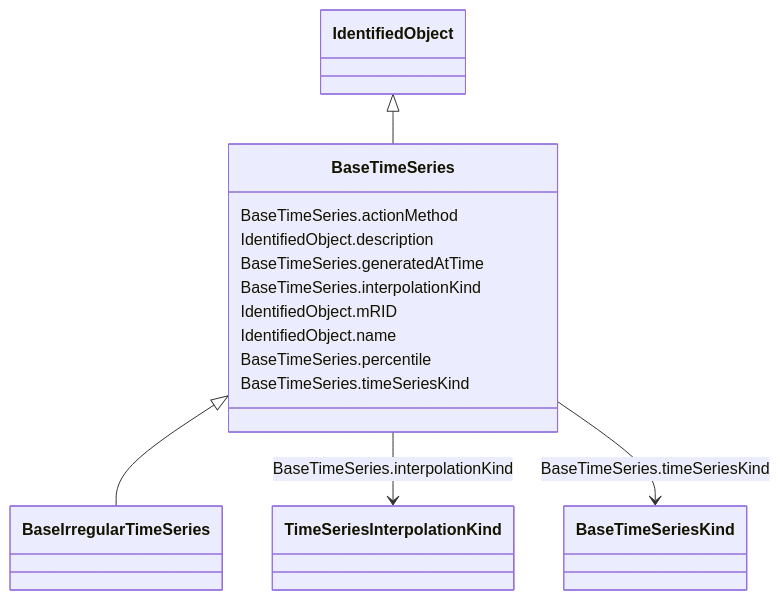
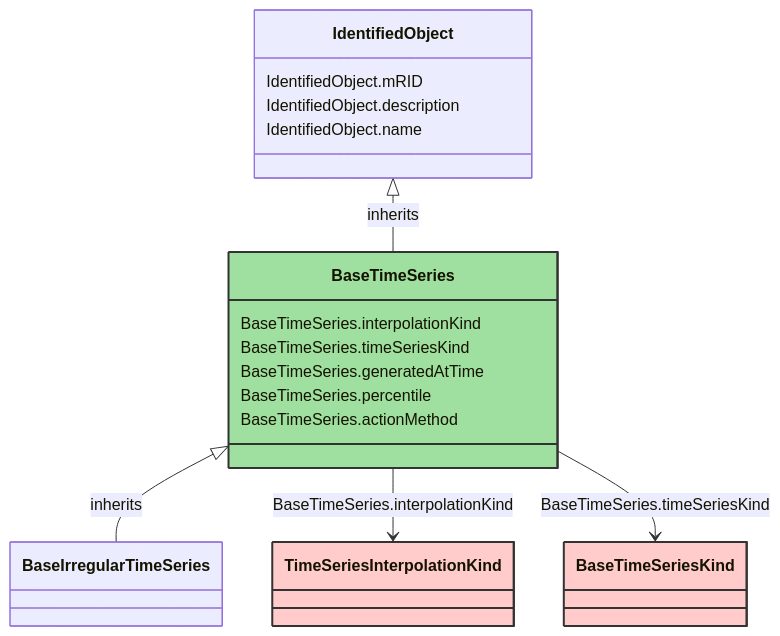
Before and after one commit to 3lbits/NoCIMExtensions: the diagram in docs/WattApp/BaseTimeSeries.md, drawn with Mermaid. The commit also changed other lines of this file and 60 other files, not shown here.

````diff
--- a/docs/WattApp/BaseTimeSeries.md
+++ b/docs/WattApp/BaseTimeSeries.md
@@ -13,36 +10,39 @@
 ```mermaid
- classDiagram
+classDiagram
     class BaseTimeSeries
     click BaseTimeSeries href "../BaseTimeSeries"
-      IdentifiedObject <|-- BaseTimeSeries
-        click IdentifiedObject href "../IdentifiedObject"
-      
+    style BaseTimeSeries fill:#9fdf9f,stroke:#333,stroke-width:2px,rx:10,ry:10
 
-      BaseTimeSeries <|-- BaseIrregularTimeSeries
-        click BaseIrregularTimeSeries href "../BaseIrregularTimeSeries"
-      
-      
-      BaseTimeSeries : BaseTimeSeries.actionMethod
-        
-      BaseTimeSeries : IdentifiedObject.description
-        
-      BaseTimeSeries : BaseTimeSeries.generatedAtTime
-        
-      BaseTimeSeries : BaseTimeSeries.interpolationKind
-        
-          BaseTimeSeries --> TimeSeriesInterpolationKind : BaseTimeSeries.interpolationKind
-          click TimeSeriesInterpolationKind href "../TimeSeriesInterpolationKind"
-        
-      BaseTimeSeries : IdentifiedObject.mRID
-        
-      BaseTimeSeries : IdentifiedObject.name
-        
-      BaseTimeSeries : BaseTimeSeries.percentile
-        
-      BaseTimeSeries : BaseTimeSeries.timeSeriesKind
-        
-          BaseTimeSeries --> BaseTimeSeriesKind : BaseTimeSeries.timeSeriesKind
-          click BaseTimeSeriesKind href "../BaseTimeSeriesKind"
-        
-      
+        BaseTimeSeries <|-- BaseIrregularTimeSeries : inherits
+            click BaseTimeSeries href "../BaseTimeSeries"
+            style BaseTimeSeries rx:10,ry:10
+
+        BaseIrregularTimeSeries
+            click BaseIrregularTimeSeries href "../BaseIrregularTimeSeries"
+            style BaseIrregularTimeSeries rx:10,ry:10
+
+        IdentifiedObject <|-- BaseTimeSeries : inherits
+            click IdentifiedObject href "../IdentifiedObject"
+            style IdentifiedObject rx:10,ry:10
+
+
+        BaseTimeSeries --> TimeSeriesInterpolationKind : BaseTimeSeries.interpolationKind
+
+        TimeSeriesInterpolationKind
+            click TimeSeriesInterpolationKind href "../TimeSeriesInterpolationKind"
+            style TimeSeriesInterpolationKind fill:#FFCCCB,stroke:#333,stroke-width:2px,rx:10,ry:10
+        BaseTimeSeries --> BaseTimeSeriesKind : BaseTimeSeries.timeSeriesKind
+
+        BaseTimeSeriesKind
+            click BaseTimeSeriesKind href "../BaseTimeSeriesKind"
+            style BaseTimeSeriesKind fill:#FFCCCB,stroke:#333,stroke-width:2px,rx:10,ry:10
+
+        BaseTimeSeries : BaseTimeSeries.interpolationKind
+        BaseTimeSeries : BaseTimeSeries.timeSeriesKind
+        BaseTimeSeries : BaseTimeSeries.generatedAtTime
+        BaseTimeSeries : BaseTimeSeries.percentile
+        BaseTimeSeries : BaseTimeSeries.actionMethod
+        IdentifiedObject : IdentifiedObject.mRID
+        IdentifiedObject : IdentifiedObject.description
+        IdentifiedObject : IdentifiedObject.name
 ```
````
